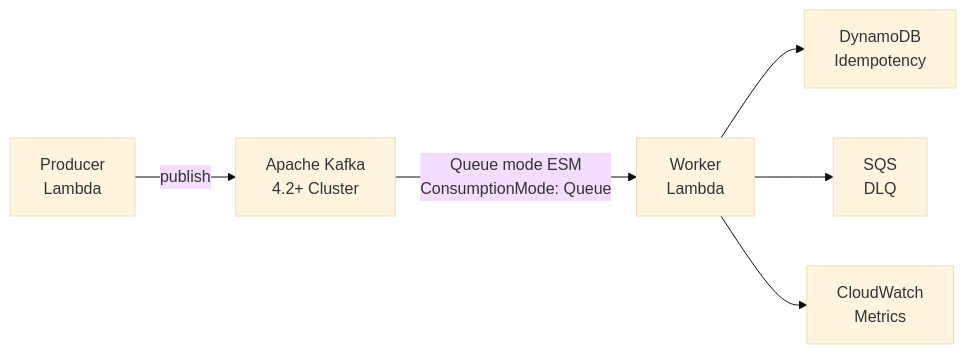
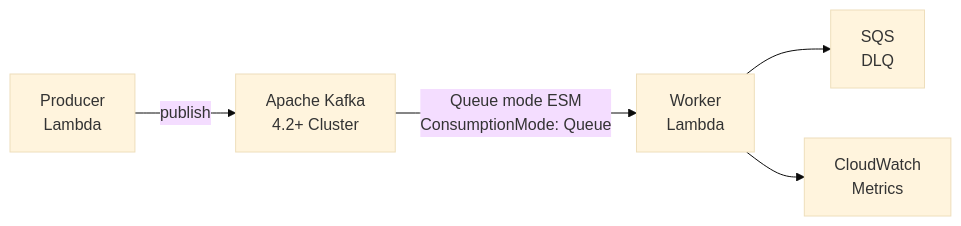
Before and after one commit to aws-samples/serverless-patterns: the diagram in smk-lambda-queue-mode-python-sam/README.md, drawn with Mermaid (base theme). The commit also changed other lines of this file and 3 other files, not shown here.

````diff
--- a/smk-lambda-queue-mode-python-sam/README.md
+++ b/smk-lambda-queue-mode-python-sam/README.md
@@ -11,8 +11,7 @@
 ```mermaid
 graph LR
     Producer["Producer\nLambda"] -->|publish| Kafka["Apache Kafka\n4.2+ Cluster"]
     Kafka -->|Queue mode ESM\nConsumptionMode: Queue| Worker["Worker\nLambda"]
-    Worker --> DDB["DynamoDB\nIdempotency"]
     Worker --> SQS["SQS\nDLQ"]
     Worker --> CW["CloudWatch\nMetrics"]
 ```
````
